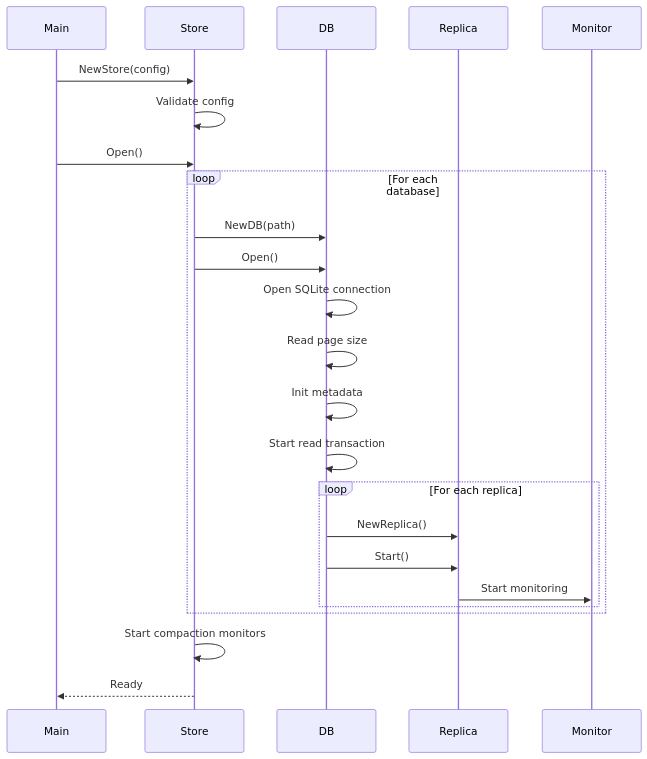
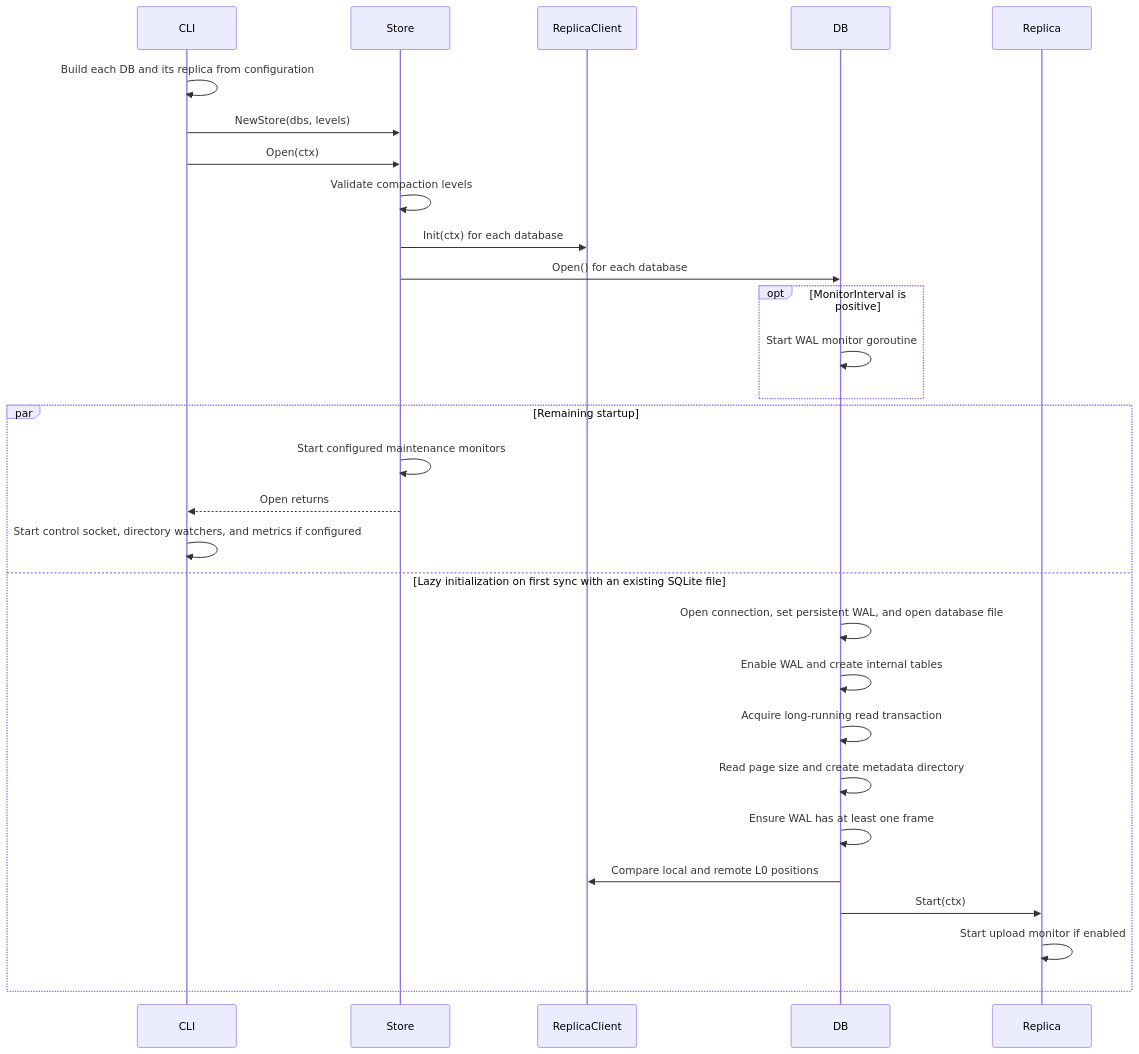
The second of 2 diagrams in docs/ARCHITECTURE.md (benbjohnson/litestream), drawn with Mermaid before and after one commit. The commit also changed other lines of this file and 58 other files, not shown here.

````diff
--- a/docs/ARCHITECTURE.md
+++ b/docs/ARCHITECTURE.md
@@ -683,30 +45,32 @@
 ```mermaid
 sequenceDiagram
-    participant Main
+    participant CLI
     participant Store
+    participant Client as ReplicaClient
     participant DB
     participant Replica
-    participant Monitor
 
-    Main->>Store: NewStore(config)
-    Store->>Store: Validate config
-
-    Main->>Store: Open()
-    loop For each database
-        Store->>DB: NewDB(path)
-        Store->>DB: Open()
-        DB->>DB: Open SQLite connection
-        DB->>DB: Read page size
-        DB->>DB: Init metadata
-        DB->>DB: Start read transaction
-
-        loop For each replica
-            DB->>Replica: NewReplica()
-            DB->>Replica: Start()
-            Replica->>Monitor: Start monitoring
-        end
+    CLI->>CLI: Build each DB and its replica from configuration
+    CLI->>Store: NewStore(dbs, levels)
+    CLI->>Store: Open(ctx)
+    Store->>Store: Validate compaction levels
+    Store->>Client: Init(ctx) for each database
+    Store->>DB: Open() for each database
+    opt MonitorInterval is positive
+        DB->>DB: Start WAL monitor goroutine
     end
-
-    Store->>Store: Start compaction monitors
-    Store-->>Main: Ready
+    par Remaining startup
+        Store->>Store: Start configured maintenance monitors
+        Store-->>CLI: Open returns
+        CLI->>CLI: Start control socket, directory watchers, and metrics if configured
+    and Lazy initialization on first sync with an existing SQLite file
+        DB->>DB: Open connection, set persistent WAL, and open database file
+        DB->>DB: Enable WAL and create internal tables
+        DB->>DB: Acquire long-running read transaction
+        DB->>DB: Read page size and create metadata directory
+        DB->>DB: Ensure WAL has at least one frame
+        DB->>Client: Compare local and remote L0 positions
+        DB->>Replica: Start(ctx)
+        Replica->>Replica: Start upload monitor if enabled
+    end
 ```
````
